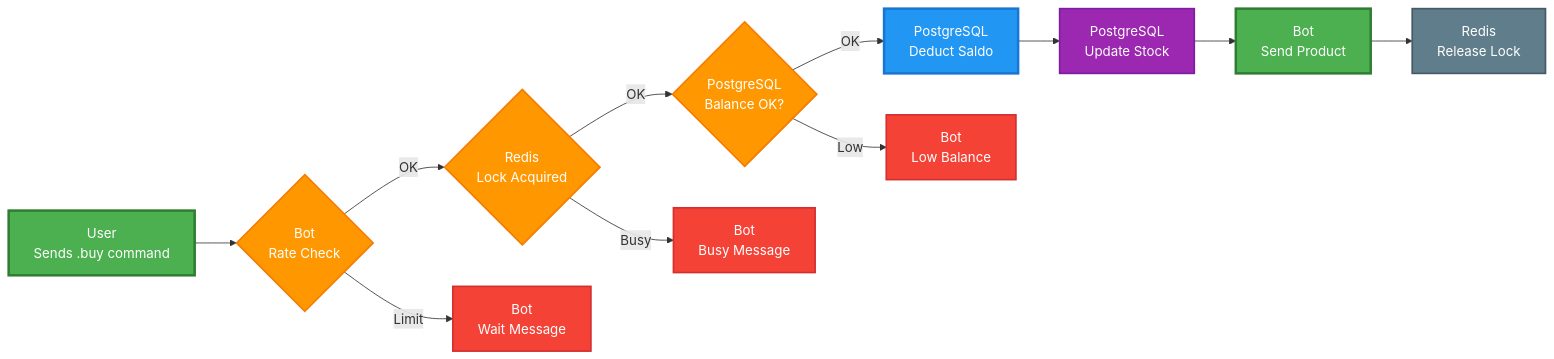
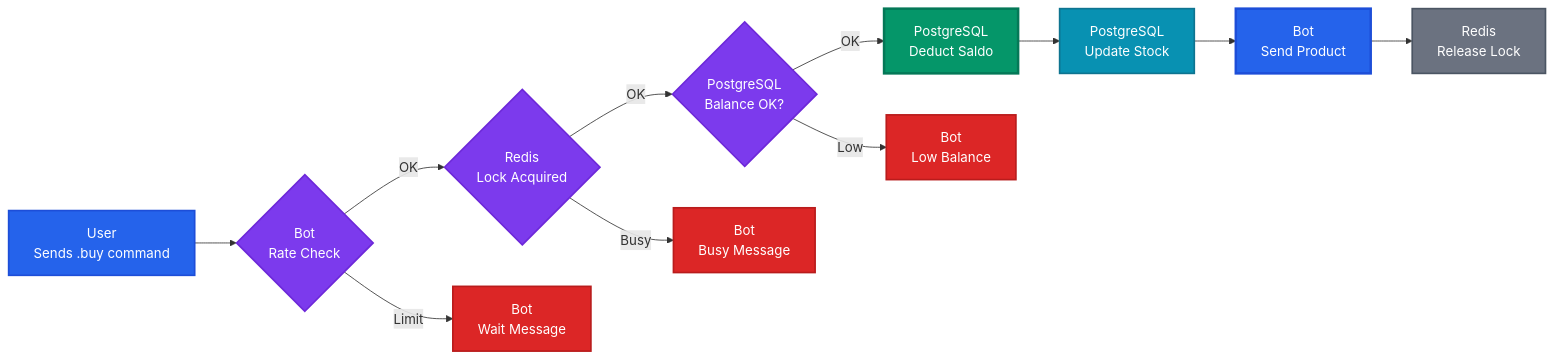
Before and after one commit to nicolaananda/bot-wa: the second of 3 diagrams in README.md, drawn with Mermaid. The commit also changed other lines of this file, not shown here.

First line of the commit message:
🎨 Apply modern professional design to payment flow diagrams

````diff
--- a/README.md
+++ b/README.md
@@ -147,25 +147,25 @@
 ```mermaid
 flowchart LR
     A["User<br/>Sends .buy command"] --> B{"Bot<br/>Rate Check"}
     B -->|"OK"| C{"Redis<br/>Lock Acquired"}
     B -->|"Limit"| D["Bot<br/>Wait Message"]
     C -->|"OK"| E{"PostgreSQL<br/>Balance OK?"}
     C -->|"Busy"| F["Bot<br/>Busy Message"]
     E -->|"OK"| G["PostgreSQL<br/>Deduct Saldo"]
     E -->|"Low"| H["Bot<br/>Low Balance"]
     G --> I["PostgreSQL<br/>Update Stock"]
     I --> J["Bot<br/>Send Product"]
     J --> K["Redis<br/>Release Lock"]
     
-    style A fill:#4CAF50,stroke:#2E7D32,stroke-width:3px,color:#fff
-    style B fill:#FF9800,stroke:#F57C00,stroke-width:2px,color:#fff
-    style C fill:#FF9800,stroke:#F57C00,stroke-width:2px,color:#fff
-    style D fill:#F44336,stroke:#D32F2F,stroke-width:2px,color:#fff
-    style E fill:#FF9800,stroke:#F57C00,stroke-width:2px,color:#fff
-    style F fill:#F44336,stroke:#D32F2F,stroke-width:2px,color:#fff
-    style G fill:#2196F3,stroke:#1976D2,stroke-width:3px,color:#fff
-    style H fill:#F44336,stroke:#D32F2F,stroke-width:2px,color:#fff
-    style I fill:#9C27B0,stroke:#7B1FA2,stroke-width:2px,color:#fff
-    style J fill:#4CAF50,stroke:#2E7D32,stroke-width:3px,color:#fff
-    style K fill:#607D8B,stroke:#455A64,stroke-width:2px,color:#fff
+    style A fill:#2563eb,stroke:#1d4ed8,stroke-width:2px,color:#ffffff
+    style B fill:#7c3aed,stroke:#6d28d9,stroke-width:2px,color:#ffffff
+    style C fill:#7c3aed,stroke:#6d28d9,stroke-width:2px,color:#ffffff
+    style D fill:#dc2626,stroke:#b91c1c,stroke-width:2px,color:#ffffff
+    style E fill:#7c3aed,stroke:#6d28d9,stroke-width:2px,color:#ffffff
+    style F fill:#dc2626,stroke:#b91c1c,stroke-width:2px,color:#ffffff
+    style G fill:#059669,stroke:#047857,stroke-width:3px,color:#ffffff
+    style H fill:#dc2626,stroke:#b91c1c,stroke-width:2px,color:#ffffff
+    style I fill:#0891b2,stroke:#0e7490,stroke-width:2px,color:#ffffff
+    style J fill:#2563eb,stroke:#1d4ed8,stroke-width:3px,color:#ffffff
+    style K fill:#6b7280,stroke:#4b5563,stroke-width:2px,color:#ffffff
 ```
````
